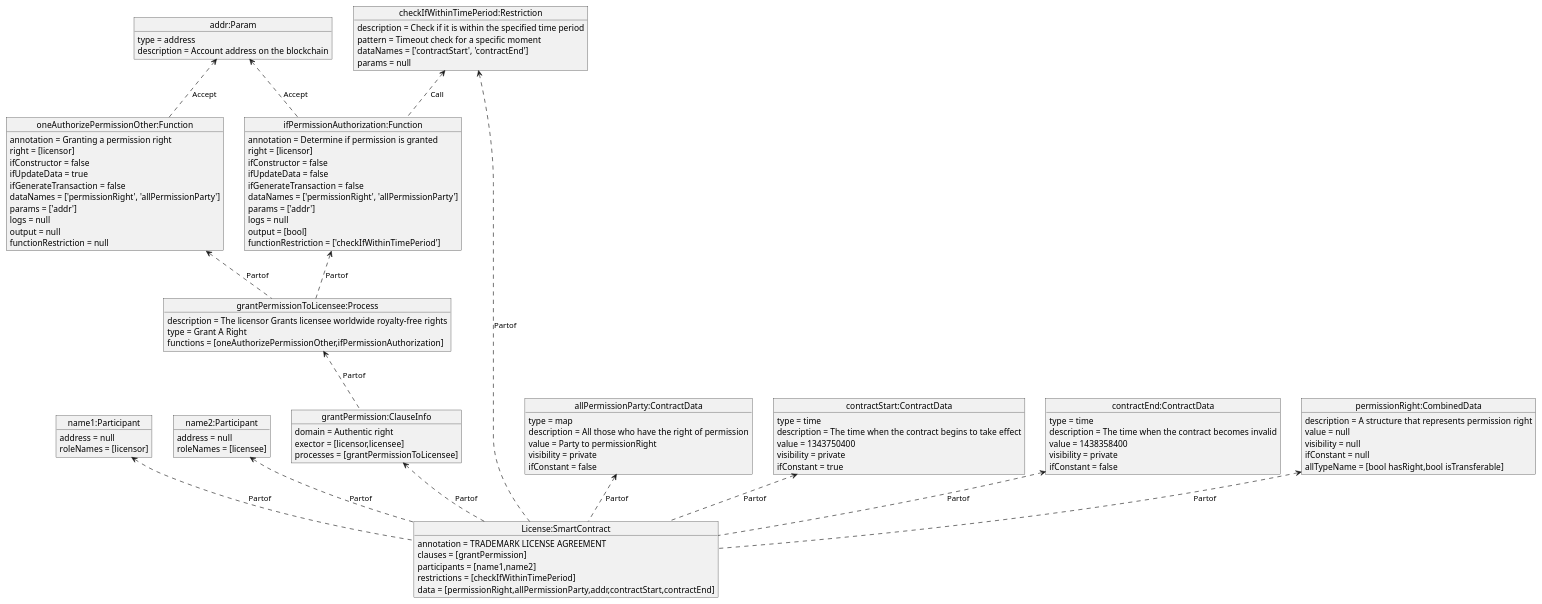
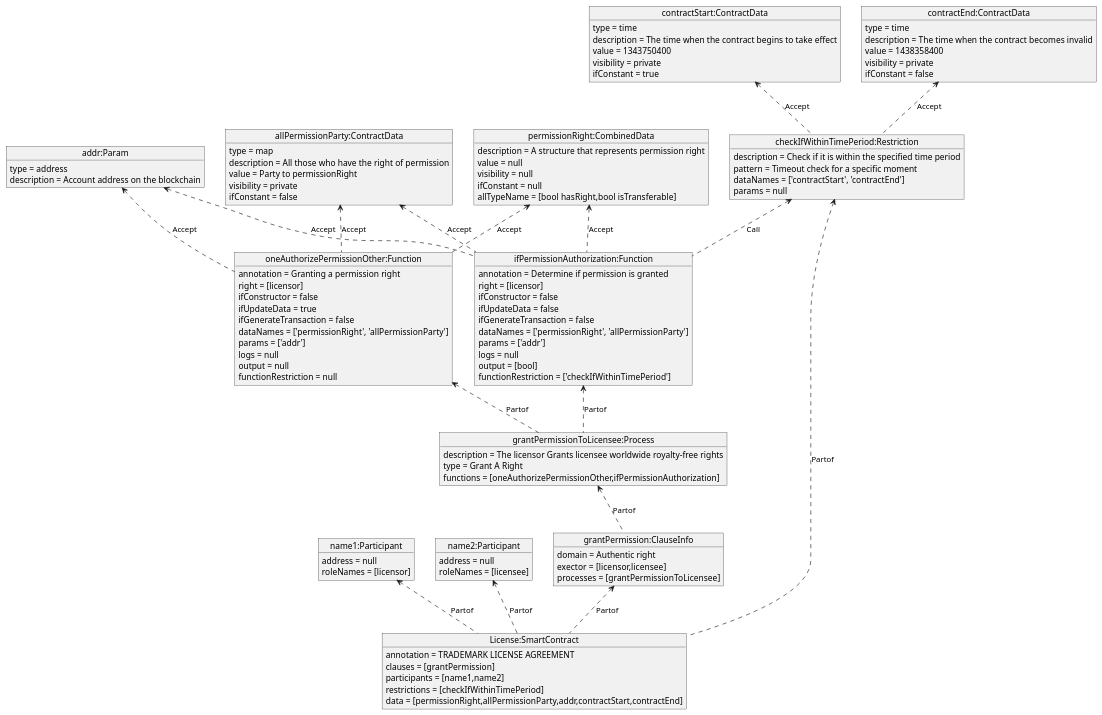
One commit to HIT-LWY/sc_MDA_code changed the diagram in plantUML_dia/a_result.puml. Above: the diagram before and after it, drawn with PlantUML. The commit also changed 4 other files, not shown here.

```diff
--- a/plantUML_dia/a_result.puml
+++ b/plantUML_dia/a_result.puml
@@ -1,90 +1,92 @@
 @startuml
 object "License:SmartContract" as License
 License : annotation = TRADEMARK LICENSE AGREEMENT
 License : clauses = [grantPermission]
 License : participants = [name1,name2]
 License : restrictions = [checkIfWithinTimePeriod]
 License : data = [permissionRight,allPermissionParty,addr,contractStart,contractEnd]
 object "name1:Participant" as name1
 name1 : address = null
 name1 : roleNames = [licensor]
 object "name2:Participant" as name2
 name2 : address = null
 name2 : roleNames = [licensee]
 object "grantPermission:ClauseInfo" as grantPermission
 grantPermission : domain = Authentic right
 grantPermission : exector = [licensor,licensee]
 grantPermission : processes = [grantPermissionToLicensee]
 object "grantPermissionToLicensee:Process" as grantPermissionToLicensee
 grantPermissionToLicensee : description = The licensor Grants licensee worldwide royalty-free rights
 grantPermissionToLicensee : type = Grant A Right
 grantPermissionToLicensee : functions = [oneAuthorizePermissionOther,ifPermissionAuthorization]
 object "oneAuthorizePermissionOther:Function" as oneAuthorizePermissionOther
 oneAuthorizePermissionOther : annotation = Granting a permission right
 oneAuthorizePermissionOther : right = [licensor]
 oneAuthorizePermissionOther : ifConstructor = false
 oneAuthorizePermissionOther : ifUpdateData = true
 oneAuthorizePermissionOther : ifGenerateTransaction = false
 oneAuthorizePermissionOther : dataNames = ['permissionRight', 'allPermissionParty']
 oneAuthorizePermissionOther : params = ['addr']
 oneAuthorizePermissionOther : logs = null
 oneAuthorizePermissionOther : output = null
 oneAuthorizePermissionOther : functionRestriction = null
 object "ifPermissionAuthorization:Function" as ifPermissionAuthorization
 ifPermissionAuthorization : annotation = Determine if permission is granted
 ifPermissionAuthorization : right = [licensor]
 ifPermissionAuthorization : ifConstructor = false
 ifPermissionAuthorization : ifUpdateData = false
 ifPermissionAuthorization : ifGenerateTransaction = false
 ifPermissionAuthorization : dataNames = ['permissionRight', 'allPermissionParty']
 ifPermissionAuthorization : params = ['addr']
 ifPermissionAuthorization : logs = null
 ifPermissionAuthorization : output = [bool]
 ifPermissionAuthorization : functionRestriction = ['checkIfWithinTimePeriod']
 object "checkIfWithinTimePeriod:Restriction" as checkIfWithinTimePeriod
 checkIfWithinTimePeriod : description = Check if it is within the specified time period
 checkIfWithinTimePeriod : pattern = Timeout check for a specific moment
 checkIfWithinTimePeriod : dataNames = ['contractStart', 'contractEnd']
 checkIfWithinTimePeriod : params = null
 object "allPermissionParty:ContractData" as allPermissionParty
 allPermissionParty : type = map
 allPermissionParty : description = All those who have the right of permission
 allPermissionParty : value = Party to permissionRight
 allPermissionParty : visibility = private
 allPermissionParty : ifConstant = false
 object "contractStart:ContractData" as contractStart
 contractStart : type = time
 contractStart : description = The time when the contract begins to take effect
 contractStart : value = 1343750400
 contractStart : visibility = private
 contractStart : ifConstant = true
 object "contractEnd:ContractData" as contractEnd
 contractEnd : type = time
 contractEnd : description = The time when the contract becomes invalid
 contractEnd : value = 1438358400
 contractEnd : visibility = private
 contractEnd : ifConstant = false
 object "permissionRight:CombinedData" as permissionRight
 permissionRight : description = A structure that represents permission right
 permissionRight : value = null
 permissionRight : visibility = null
 permissionRight : ifConstant = null
 permissionRight : allTypeName = [bool hasRight,bool isTransferable]
 object "addr:Param" as addr
 addr : type = address
 addr : description = Account address on the blockchain
 name1<.. License: Partof
 name2<.. License: Partof
 grantPermission<.. License: Partof
 grantPermissionToLicensee<.. grantPermission: Partof
 oneAuthorizePermissionOther<.. grantPermissionToLicensee: Partof
 ifPermissionAuthorization<.. grantPermissionToLicensee: Partof
 checkIfWithinTimePeriod<.. ifPermissionAuthorization: Call
 checkIfWithinTimePeriod<.. License: Partof
-permissionRight<.. License: Partof
-allPermissionParty<.. License: Partof
-contractStart<.. License: Partof
-contractEnd<.. License: Partof
 addr<..oneAuthorizePermissionOther: Accept
+permissionRight<..oneAuthorizePermissionOther: Accept
+ allPermissionParty<..oneAuthorizePermissionOther: Accept
 addr<..ifPermissionAuthorization: Accept
+permissionRight<..ifPermissionAuthorization: Accept
+ allPermissionParty<..ifPermissionAuthorization: Accept
+contractStart<..checkIfWithinTimePeriod: Accept
+ contractEnd<..checkIfWithinTimePeriod: Accept
 @enduml
```
